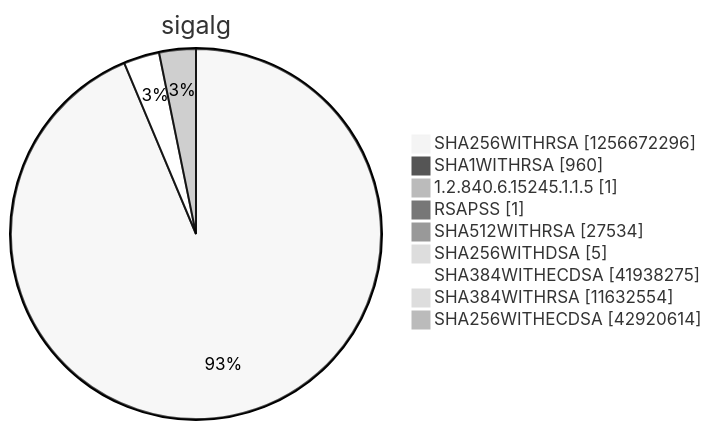
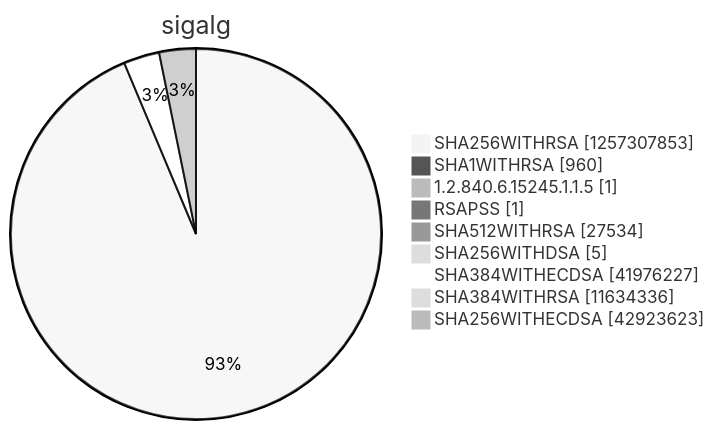
Diagram 15 of 15 in argon2022/README.md (christiankrug/ctmonitor_visualization), drawn with Mermaid (neutral theme) before and after one commit. The commit also changed other lines of this file, not shown here.

````diff
--- a/argon2022/README.md
+++ b/argon2022/README.md
@@ -5522,13 +5522,13 @@
 ```mermaid
 pie showData
 title sigalg
-"SHA256WITHRSA" :1256672296
+"SHA256WITHRSA" :1257307853
 "SHA1WITHRSA" :960
 "1.2.840.6.15245.1.1.5" :1
 "RSAPSS" :1
 "SHA512WITHRSA" :27534
 "SHA256WITHDSA" :5
-"SHA384WITHECDSA" :41938275
-"SHA384WITHRSA" :11632554
-"SHA256WITHECDSA" :42920614
+"SHA384WITHECDSA" :41976227
+"SHA384WITHRSA" :11634336
+"SHA256WITHECDSA" :42923623
 ```
````
